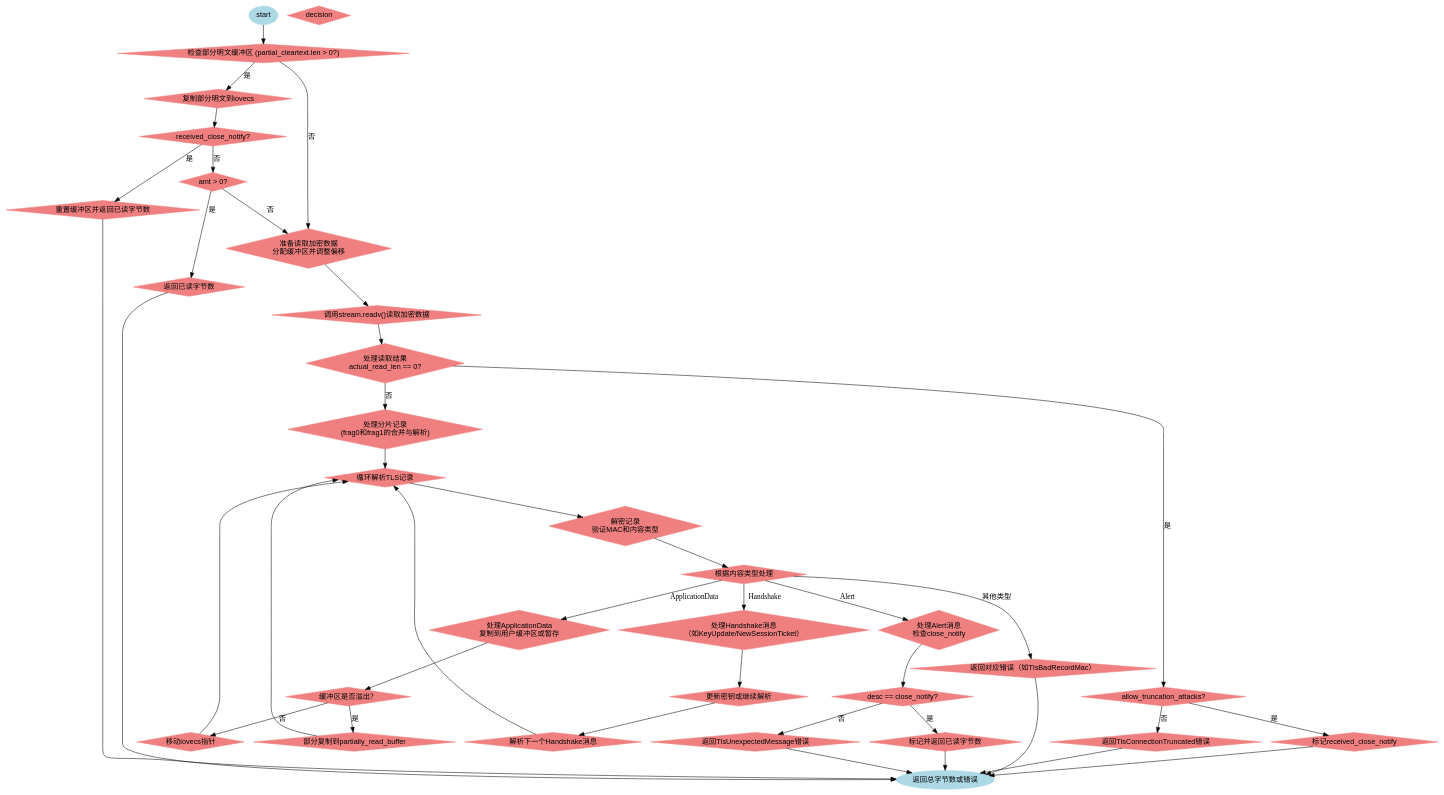
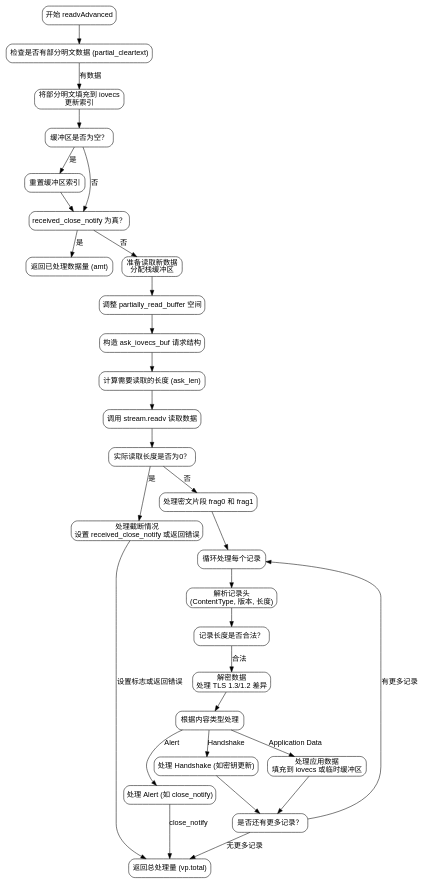
The diagram in dot_std/crypto/tls/Client.zig.readvAdvanced.md (sdzx-1/deepseek-zig-reader), drawn with Graphviz before and after one commit. The commit also changed other lines of this file and 236 other files, not shown here.

````diff
--- a/dot_std/crypto/tls/Client.zig.readvAdvanced.md
+++ b/dot_std/crypto/tls/Client.zig.readvAdvanced.md
@@ -47,105 +32,62 @@
-```dot
+```graphviz
 digraph flowchart {
-    node [shape=ellipse, style=filled, color=lightblue, fontname="Arial"] start, end;
-    node [shape=rectangle, style=filled, color=lightgrey, fontname="Arial"];
-    node [shape=diamond, style=filled, color=lightcoral, fontname="Arial"] decision;
+    node [shape=rectangle, style="rounded", fontname="Arial"];
+    edge [fontname="Arial"];
+
+    start [label="开始 readvAdvanced"];
+    check_partial_cleartext [label="检查是否有部分明文数据 (partial_cleartext)"];
+    handle_partial_cleartext [label="将部分明文填充到 iovecs\n更新索引"];
+    check_buffer_empty [label="缓冲区是否为空？"];
+    reset_buffer [label="重置缓冲区索引"];
+    check_close_notify [label="received_close_notify 为真？"];
+    return_amt [label="返回已处理数据量 (amt)"];
+    read_new_data [label="准备读取新数据\n分配栈缓冲区"];
+    adjust_buffer_space [label="调整 partially_read_buffer 空间"];
+    construct_iovecs [label="构造 ask_iovecs_buf 请求结构"];
+    calculate_read_length [label="计算需要读取的长度 (ask_len)"];
+    stream_readv [label="调用 stream.readv 读取数据"];
+    check_read_zero [label="实际读取长度是否为0？"];
+    handle_truncation [label="处理截断情况\n设置 received_close_notify 或返回错误"];
+    process_fragments [label="处理密文片段 frag0 和 frag1"];
+    decrypt_loop [label="循环处理每个记录"];
+    parse_record_header [label="解析记录头\n(ContentType, 版本, 长度)"];
+    check_record_length [label="记录长度是否合法？"];
+    decrypt_data [label="解密数据\n处理 TLS 1.3/1.2 差异"];
+    handle_content_type [label="根据内容类型处理"];
+    handle_alert [label="处理 Alert (如 close_notify)"];
+    handle_handshake [label="处理 Handshake (如密钥更新)"];
+    handle_application_data [label="处理应用数据\n填充到 iovecs 或临时缓冲区"];
+    check_more_records [label="是否还有更多记录？"];
+    finish_return [label="返回总处理量 (vp.total)"];
 
     start -> check_partial_cleartext;
-    
-    check_partial_cleartext [label="检查部分明文缓冲区 (partial_cleartext.len > 0?)"];
-    check_partial_cleartext -> copy_partial_cleartext [label="是"];
-    check_partial_cleartext -> prepare_read_ciphertext [label="否"];
-    
-    copy_partial_cleartext [label="复制部分明文到iovecs"];
-    copy_partial_cleartext -> check_close_notify;
-    
-    check_close_notify [label="received_close_notify?"];
-    check_close_notify -> reset_buffers_and_return [label="是"];
-    check_close_notify -> return_amt_or_continue [label="否"];
-    
-    reset_buffers_and_return [label="重置缓冲区并返回已读字节数"];
-    reset_buffers_and_return -> end;
-    
-    return_amt_or_continue [label="amt > 0?"];
-    return_amt_or_continue -> return_amt [label="是"];
-    return_amt_or_continue -> prepare_read_ciphertext [label="否"];
-    
-    return_amt [label="返回已读字节数"];
-    return_amt -> end;
-    
-    prepare_read_ciphertext [label="准备读取加密数据\n分配缓冲区并调整偏移"];
-    prepare_read_ciphertext -> stream_readv;
-    
-    stream_readv [label="调用stream.readv()读取加密数据"];
-    stream_readv -> handle_read_result;
-    
-    handle_read_result [label="处理读取结果\nactual_read_len == 0?"];
-    handle_read_result -> check_truncation_allowed [label="是"];
-    handle_read_result -> process_fragments [label="否"];
-    
-    check_truncation_allowed [label="allow_truncation_attacks?"];
-    check_truncation_allowed -> set_close_notify [label="是"];
-    check_truncation_allowed -> return_error_truncated [label="否"];
-    
-    set_close_notify [label="标记received_close_notify"];
-    set_close_notify -> end;
-    
-    return_error_truncated [label="返回TlsConnectionTruncated错误"];
-    return_error_truncated -> end;
-    
-    process_fragments [label="处理分片记录\n(frag0和frag1的合并与解析)"];
-    process_fragments -> parse_record_loop;
-    
-    parse_record_loop [label="循环解析TLS记录"];
-    parse_record_loop -> decrypt_record;
-    
-    decrypt_record [label="解密记录\n验证MAC和内容类型"];
-    decrypt_record -> handle_content_type;
-    
-    handle_content_type [label="根据内容类型处理"];
+    check_partial_cleartext -> handle_partial_cleartext [label="有数据"];
+    handle_partial_cleartext -> check_buffer_empty;
+    check_buffer_empty -> reset_buffer [label="是"];
+    reset_buffer -> check_close_notify;
+    check_buffer_empty -> check_close_notify [label="否"];
+    check_close_notify -> return_amt [label="是"];
+    check_close_notify -> read_new_data [label="否"];
+    read_new_data -> adjust_buffer_space;
+    adjust_buffer_space -> construct_iovecs;
+    construct_iovecs -> calculate_read_length;
+    calculate_read_length -> stream_readv;
+    stream_readv -> check_read_zero;
+    check_read_zero -> handle_truncation [label="是"];
+    check_read_zero -> process_fragments [label="否"];
+    process_fragments -> decrypt_loop;
+    decrypt_loop -> parse_record_header;
+    parse_record_header -> check_record_length;
+    check_record_length -> decrypt_data [label="合法"];
+    decrypt_data -> handle_content_type;
     handle_content_type -> handle_alert [label="Alert"];
     handle_content_type -> handle_handshake [label="Handshake"];
-    handle_content_type -> handle_appdata [label="ApplicationData"];
-    handle_content_type -> return_error [label="其他类型"];
-    
-    handle_alert [label="处理Alert消息\n检查close_notify"];
-    handle_alert -> check_close_notify_alert;
-    
-    check_close_notify_alert [label="desc == close_notify?"];
-    check_close_notify_alert -> set_close_notify_and_return [label="是"];
-    check_close_notify_alert -> return_error_alert [label="否"];
-    
-    set_close_notify_and_return [label="标记并返回已读字节数"];
-    set_close_notify_and_return -> end;
-    
-    return_error_alert [label="返回TlsUnexpectedMessage错误"];
-    return_error_alert -> end;
-    
-    handle_handshake [label="处理Handshake消息\n（如KeyUpdate/NewSessionTicket）"];
-    handle_handshake -> update_secrets_or_continue;
-    
-    update_secrets_or_continue [label="更新密钥或继续解析"];
-    update_secrets_or_continue -> parse_next_handshake;
-    
-    parse_next_handshake [label="解析下一个Handshake消息"];
-    parse_next_handshake -> parse_record_loop;
-    
-    handle_appdata [label="处理ApplicationData\n复制到用户缓冲区或暂存"];
-    handle_appdata -> check_buffer_overflow;
-    
-    check_buffer_overflow [label="缓冲区是否溢出？"];
-    check_buffer_overflow -> partial_copy_to_buffer [label="是"];
-    check_buffer_overflow -> advance_iovecs [label="否"];
-    
-    partial_copy_to_buffer [label="部分复制到partially_read_buffer"];
-    partial_copy_to_buffer -> parse_record_loop;
-    
-    advance_iovecs [label="移动iovecs指针"];
-    advance_iovecs -> parse_record_loop;
-    
-    return_error [label="返回对应错误（如TlsBadRecordMac）"];
-    return_error -> end;
-    
-    end [label="返回总字节数或错误"];
+    handle_content_type -> handle_application_data [label="Application Data"];
+    handle_alert -> finish_return [label="close_notify"];
+    handle_handshake -> check_more_records;
+    handle_application_data -> check_more_records;
+    check_more_records -> decrypt_loop [label="有更多记录"];
+    check_more_records -> finish_return [label="无更多记录"];
+    handle_truncation -> finish_return [label="设置标志或返回错误"];
 }
 ```
````
